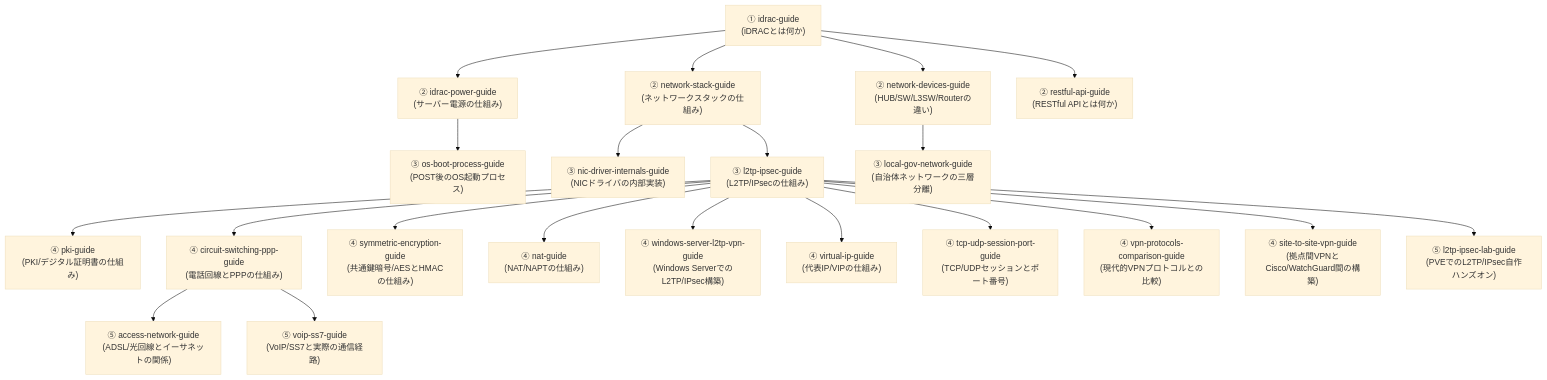
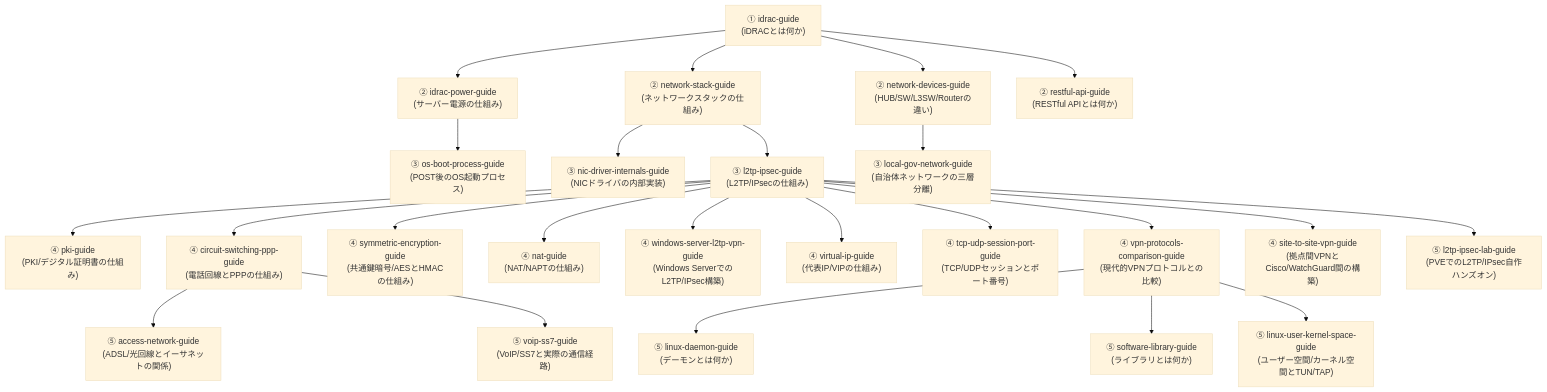
The diagram in src/pages/sitemap.md (koikoi1998/koikoi-blog-20260723), drawn with Mermaid (base theme) before and after one commit. The commit also changed other lines of this file and 17 other files, not shown here.

First line of the commit message:
vpn-protocols-comparison-guideレビュー結果を反映し、デーモン・ライブラリ・ユーザー空間/カーネル空間の3記事を新設

````diff
--- a/src/pages/sitemap.md
+++ b/src/pages/sitemap.md
@@ -22,45 +22,51 @@
 ```mermaid
 graph TB
     Idrac["① idrac-guide<br/>(iDRACとは何か)"]
     Power["② idrac-power-guide<br/>(サーバー電源の仕組み)"]
     Net["② network-stack-guide<br/>(ネットワークスタックの仕組み)"]
     Devices["② network-devices-guide<br/>(HUB/SW/L3SW/Routerの違い)"]
     Api["② restful-api-guide<br/>(RESTful APIとは何か)"]
     Boot["③ os-boot-process-guide<br/>(POST後のOS起動プロセス)"]
     Nic["③ nic-driver-internals-guide<br/>(NICドライバの内部実装)"]
     L2tp["③ l2tp-ipsec-guide<br/>(L2TP/IPsecの仕組み)"]
     GovNet["③ local-gov-network-guide<br/>(自治体ネットワークの三層分離)"]
     Pki["④ pki-guide<br/>(PKI/デジタル証明書の仕組み)"]
     Circuit["④ circuit-switching-ppp-guide<br/>(電話回線とPPPの仕組み)"]
     Sym["④ symmetric-encryption-guide<br/>(共通鍵暗号/AESとHMACの仕組み)"]
     Nat["④ nat-guide<br/>(NAT/NAPTの仕組み)"]
     Winvpn["④ windows-server-l2tp-vpn-guide<br/>(Windows ServerでのL2TP/IPsec構築)"]
     Vip["④ virtual-ip-guide<br/>(代表IP/VIPの仕組み)"]
     TcpUdp["④ tcp-udp-session-port-guide<br/>(TCP/UDPセッションとポート番号)"]
     VpnCompare["④ vpn-protocols-comparison-guide<br/>(現代的VPNプロトコルとの比較)"]
     S2s["④ site-to-site-vpn-guide<br/>(拠点間VPNとCisco/WatchGuard間の構築)"]
     L2tpLab["⑤ l2tp-ipsec-lab-guide<br/>(PVEでのL2TP/IPsec自作ハンズオン)"]
     Access["⑤ access-network-guide<br/>(ADSL/光回線とイーサネットの関係)"]
     Voip["⑤ voip-ss7-guide<br/>(VoIP/SS7と実際の通信経路)"]
+    Daemon["⑤ linux-daemon-guide<br/>(デーモンとは何か)"]
+    Library["⑤ software-library-guide<br/>(ライブラリとは何か)"]
+    UserKernel["⑤ linux-user-kernel-space-guide<br/>(ユーザー空間/カーネル空間とTUN/TAP)"]
 
     Idrac --> Power
     Idrac --> Net
     Idrac --> Devices
     Idrac --> Api
     Power --> Boot
     Net --> Nic
     Net --> L2tp
     Devices --> GovNet
     L2tp --> Pki
     L2tp --> Circuit
     L2tp --> Sym
     L2tp --> Nat
     L2tp --> Winvpn
     L2tp --> Vip
     L2tp --> TcpUdp
     L2tp --> VpnCompare
     L2tp --> S2s
     L2tp --> L2tpLab
     Circuit --> Access
     Circuit --> Voip
+    VpnCompare --> Daemon
+    VpnCompare --> Library
+    VpnCompare --> UserKernel
 ```
````
